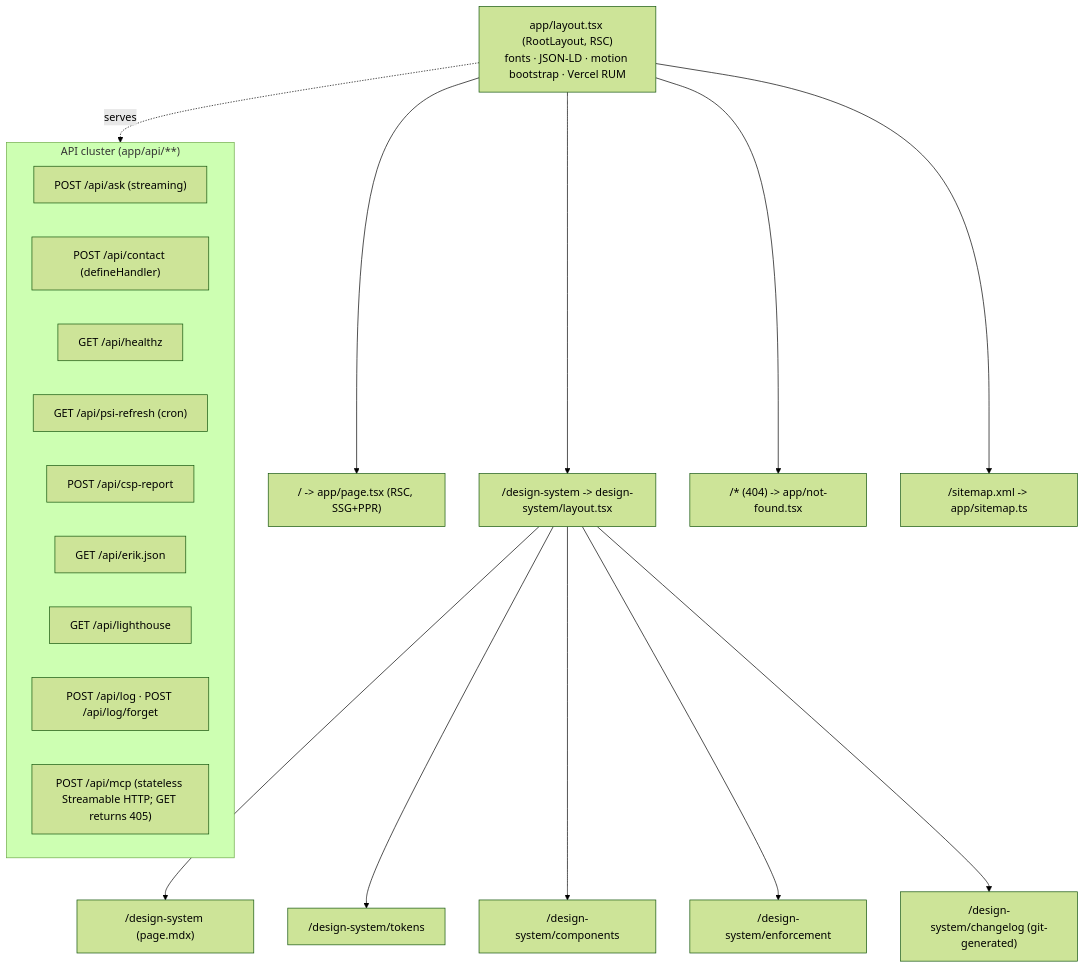
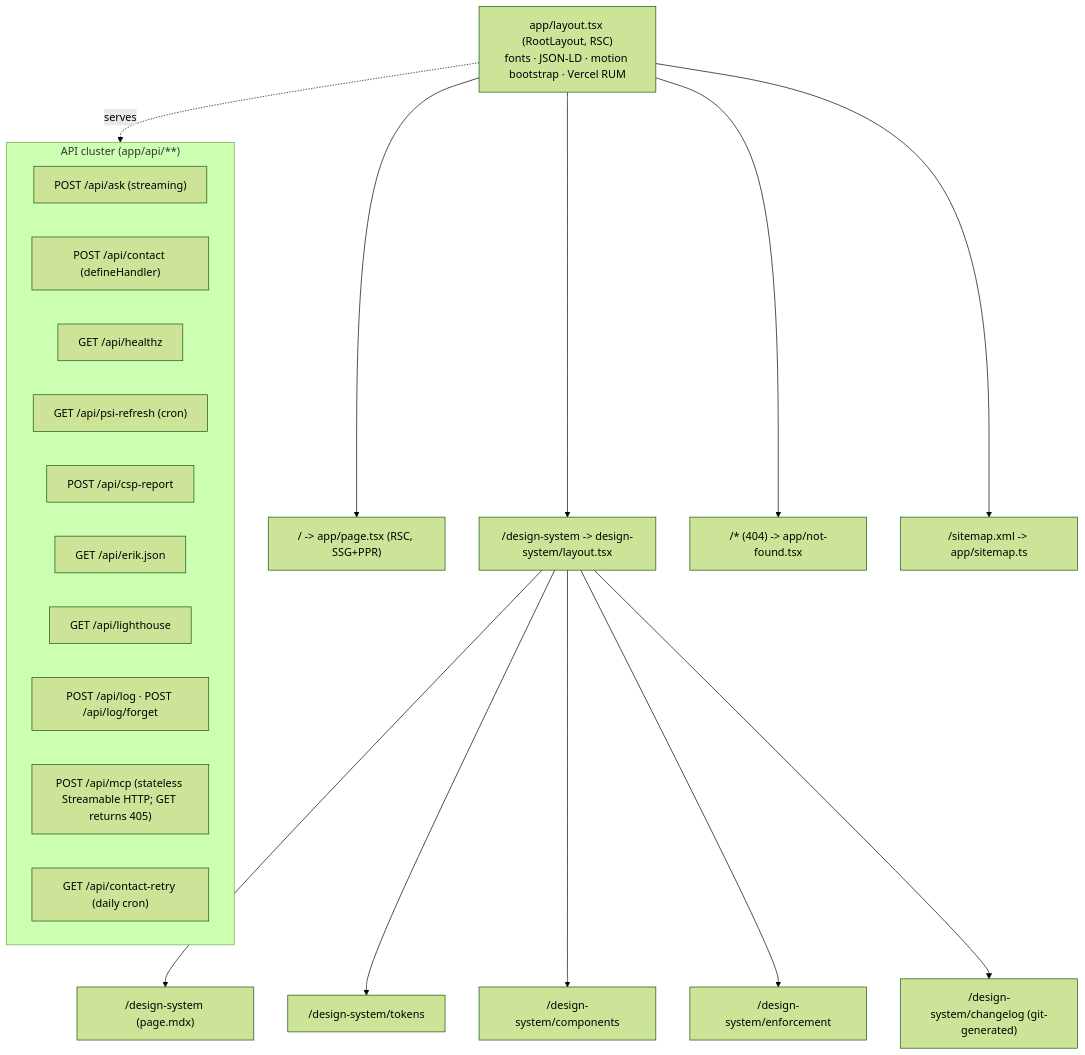
Before and after one commit to erikunha/portfolio: the first of 6 diagrams in docs/03-rendering-and-data-flow.md, drawn with Mermaid (forest theme). The commit also changed other lines of this file and 21 other files, not shown here.

First line of the commit message:
feat(contact): honest delivery result and daily outbox retry

````diff
--- a/docs/03-rendering-and-data-flow.md
+++ b/docs/03-rendering-and-data-flow.md
@@ -7,25 +7,26 @@
 ```mermaid
 flowchart TD
     layout["app/layout.tsx (RootLayout, RSC)<br/>fonts · JSON-LD · motion bootstrap · Vercel RUM"]
     layout --> home["/ -> app/page.tsx (RSC, SSG+PPR)"]
     layout --> ds["/design-system -> design-system/layout.tsx"]
     layout --> nf["/* (404) -> app/not-found.tsx"]
     layout --> sm["/sitemap.xml -> app/sitemap.ts"]
     ds --> ds1["/design-system (page.mdx)"]
     ds --> ds2["/design-system/tokens"]
     ds --> ds3["/design-system/components"]
     ds --> ds4["/design-system/enforcement"]
     ds --> ds5["/design-system/changelog (git-generated)"]
     subgraph api["API cluster (app/api/**)"]
       api1["POST /api/ask (streaming)"]
       api2["POST /api/contact (defineHandler)"]
       api3["GET /api/healthz"]
       api4["GET /api/psi-refresh (cron)"]
       api5["POST /api/csp-report"]
       api6["GET /api/erik.json"]
       api7["GET /api/lighthouse"]
       api8["POST /api/log · POST /api/log/forget"]
       api9["POST /api/mcp (stateless Streamable HTTP; GET returns 405)"]
+      api10["GET /api/contact-retry (daily cron)"]
     end
     layout -.serves.-> api
 ```
````
